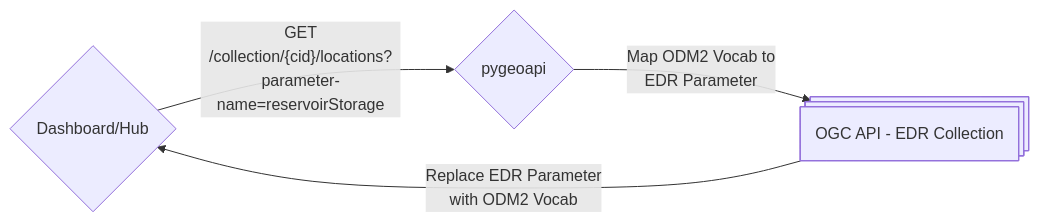
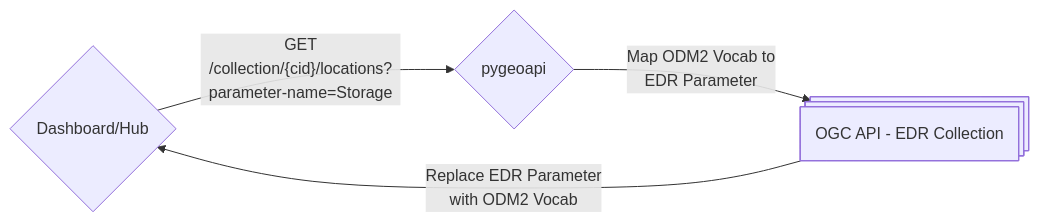
The second of 4 diagrams in docs/ontology.md (internetofwater/Western-Water-Datahub), drawn with Mermaid before and after one commit. The commit also changed other lines of this file and 2 other files, not shown here.

````diff
--- a/docs/ontology.md
+++ b/docs/ontology.md
@@ -35,8 +35,8 @@
 ```mermaid
 flowchart LR
     I{Dashboard/Hub}
     P{pygeoapi}
     E@{ shape: procs, label: "OGC API - EDR Collection"}
 
-    I -- GET<br>/collection/{cid}/locations?parameter-name=reservoirStorage --> P -- Map ODM2 Vocab to<br>EDR Parameter --> E  -- Replace EDR Parameter<br>with ODM2 Vocab --> I
+    I -- GET<br>/collection/{cid}/locations?parameter-name=Storage --> P -- Map ODM2 Vocab to<br>EDR Parameter --> E  -- Replace EDR Parameter<br>with ODM2 Vocab --> I
 ```
````
